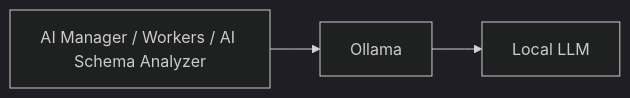
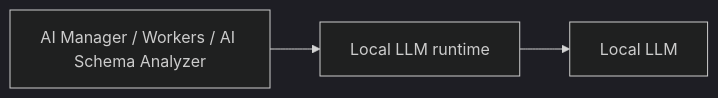
One commit to Tenshi1308/AIOSProject changed the third of 3 diagrams in docs/analisis-kebutuhan.md. Above: the diagram before and after it, drawn with Mermaid (dark theme). The commit also changed other lines of this file and 3 other files, not shown here.

Commit message:
docs: buka kembali keputusan runtime LLM (Ollama jadi kandidat, final TBD)

````diff
--- a/docs/analisis-kebutuhan.md
+++ b/docs/analisis-kebutuhan.md
@@ -332,6 +334,6 @@
 ```mermaid
 flowchart LR
     AM[AI Manager / Workers / AI Schema Analyzer]
-    AM --> O[Ollama]
+    AM --> O[Local LLM runtime]
     O --> L[Local LLM]
 ```
````
